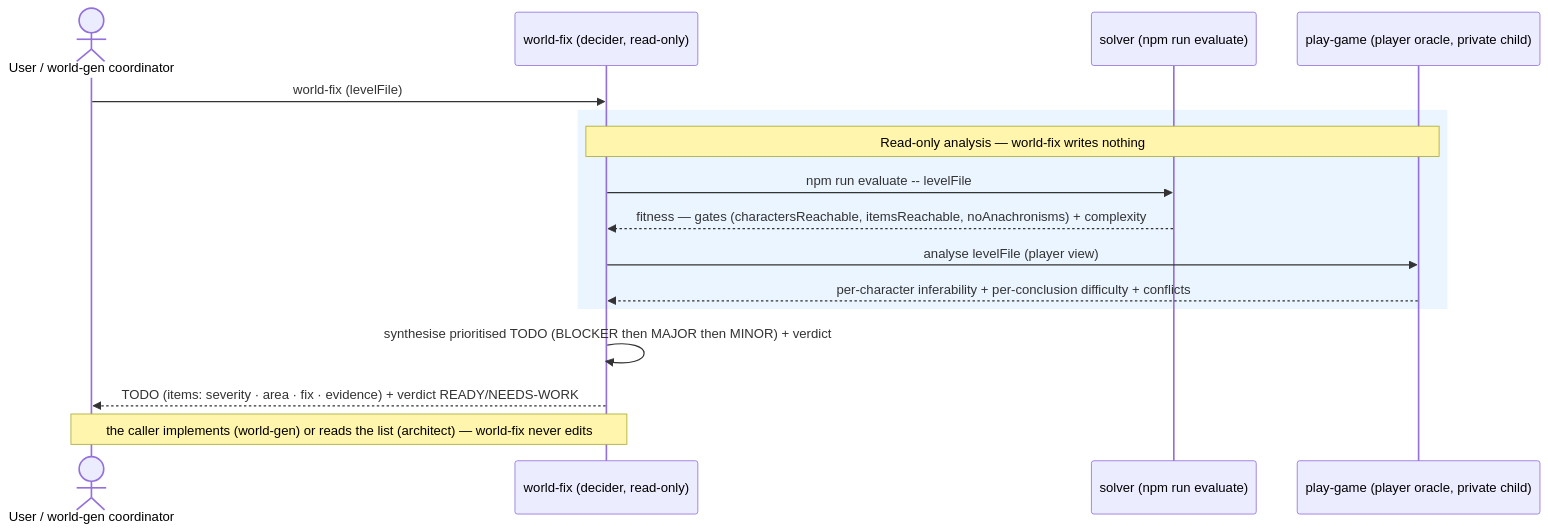
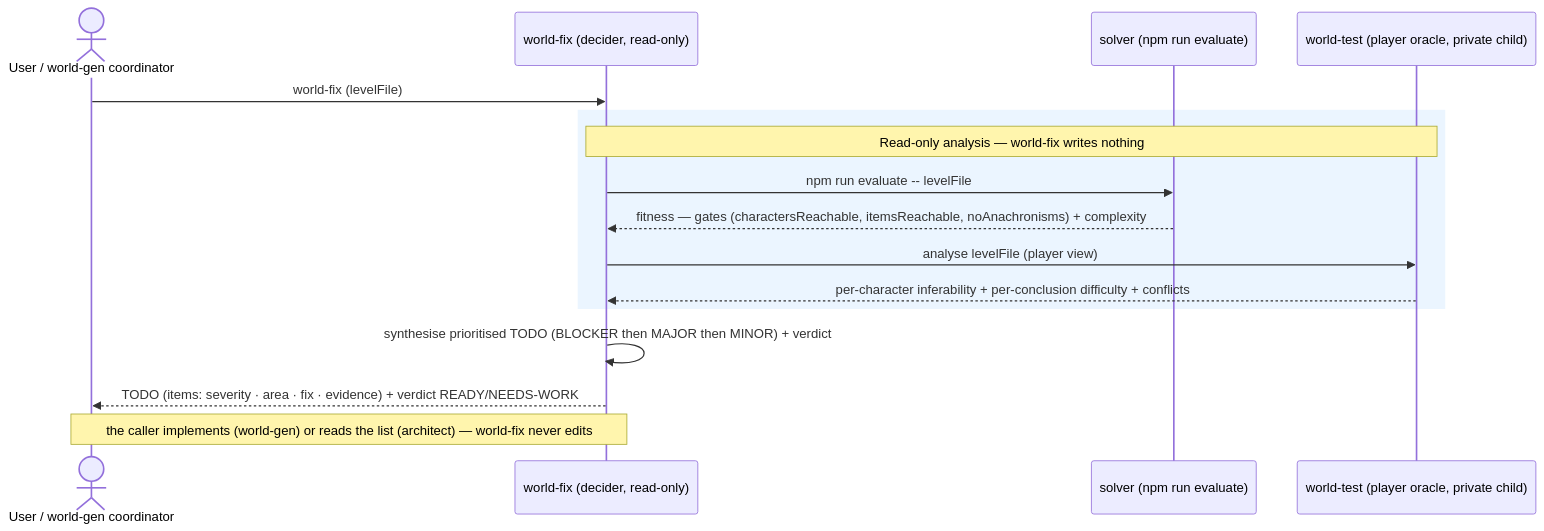
Before and after one commit to DecentAppsNet/castle-mystery: the third of 4 diagrams in docs/design/world-gen-agentic-hld.md, drawn with Mermaid. The commit also changed other lines of this file and 9 other files, not shown here.

First line of the commit message:
Rename play-game skill to world-test

````diff
--- a/docs/design/world-gen-agentic-hld.md
+++ b/docs/design/world-gen-agentic-hld.md
@@ -253,21 +253,21 @@
 ```mermaid
 sequenceDiagram
     %% world-fix is READ-ONLY. solid = forward request (points right); dashed = return.
     %% Caller is a human (standalone /world-fix) OR the world-gen coordinator — identical call graph.
     actor Caller as User / world-gen coordinator
     participant WF as world-fix (decider, read-only)
     participant EV as solver (npm run evaluate)
-    participant PG as play-game (player oracle, private child)
+    participant PG as world-test (player oracle, private child)
 
     Caller->>WF: world-fix (levelFile)
     rect rgb(235, 245, 255)
         Note over WF,PG: Read-only analysis — world-fix writes nothing
         WF->>EV: npm run evaluate -- levelFile
         EV-->>WF: fitness — gates (charactersReachable, itemsReachable, noAnachronisms) + complexity
         WF->>PG: analyse levelFile (player view)
         PG-->>WF: per-character inferability + per-conclusion difficulty + conflicts
     end
     WF->>WF: synthesise prioritised TODO (BLOCKER then MAJOR then MINOR) + verdict
     WF-->>Caller: TODO (items: severity · area · fix · evidence) + verdict READY/NEEDS-WORK
     Note over Caller,WF: the caller implements (world-gen) or reads the list (architect) — world-fix never edits
 ```
````
